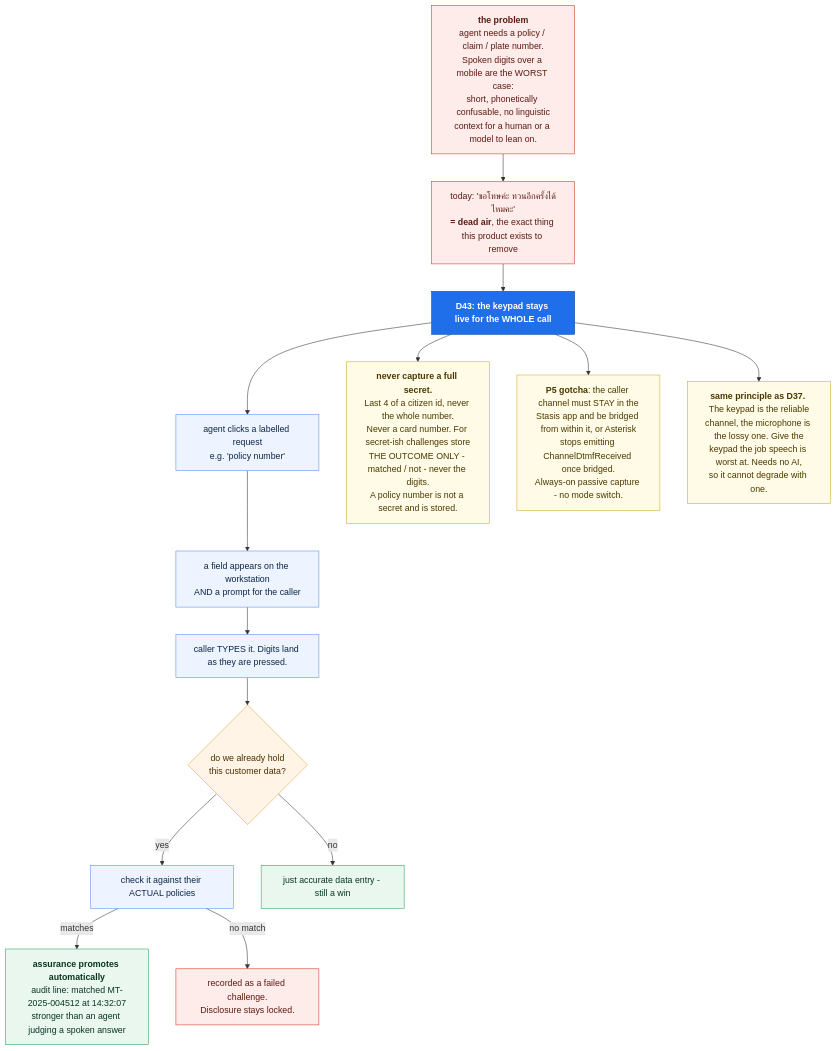
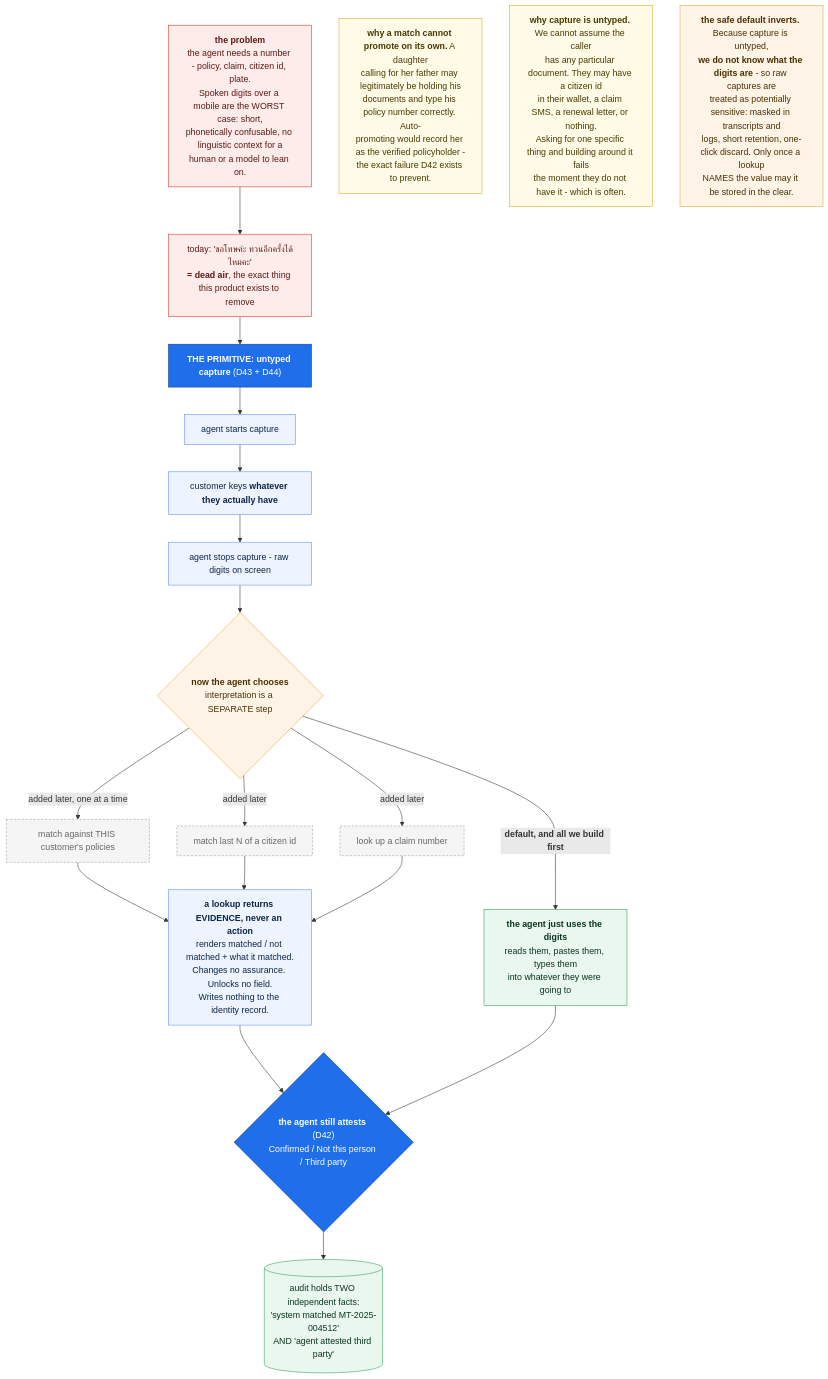
The diagram in docs/diagrams/src/dtmf_capture.mmd (anakom-suvonvorn/Krungsri-ReadyCall), drawn with Mermaid before and after one commit. The commit also changed 27 other files, not shown here.

First line of the commit message:
identity+acw: keypad capture is untyped and agent-attested (D44); only the person ends ACW (D45)

```diff
--- a/docs/diagrams/src/dtmf_capture.mmd
+++ b/docs/diagrams/src/dtmf_capture.mmd
@@ -1,29 +1,44 @@
-%% HANDWRITTEN. Checked against D43
+%% HANDWRITTEN. Checked against D43 as amended by D44
 flowchart TB
-    PROB["<b>the problem</b><br/>agent needs a policy / claim / plate number.<br/>Spoken digits over a mobile are the WORST case:<br/>short, phonetically confusable, no linguistic<br/>context for a human or a model to lean on."]:::prob
+    PROB["<b>the problem</b><br/>the agent needs a number - policy, claim, citizen id, plate.<br/>Spoken digits over a mobile are the WORST case: short,<br/>phonetically confusable, no linguistic context for a<br/>human or a model to lean on."]:::prob
     PROB --> OLD["today: 'ขอโทษค่ะ ทวนอีกครั้งได้ไหมคะ'<br/><b>= dead air</b>, the exact thing this product exists to remove"]:::bad
 
-    OLD --> NEW["<b>D43: the keypad stays live for the WHOLE call</b>"]:::new
-    NEW --> A1["agent clicks a labelled request<br/>e.g. 'policy number'"]:::step
-    A1 --> A2["a field appears on the workstation<br/>AND a prompt for the caller"]:::step
-    A2 --> A3["caller TYPES it. Digits land as they are pressed."]:::step
+    OLD --> CAP["<b>THE PRIMITIVE: untyped capture</b> (D43 + D44)"]:::new
+    CAP --> C1["agent starts capture"]:::step
+    C1 --> C2["customer keys <b>whatever they actually have</b>"]:::step
+    C2 --> C3["agent stops capture - raw digits on screen"]:::step
 
-    A3 --> CHK{"do we already hold<br/>this customer data?"}:::gate
-    CHK -- yes --> MATCH["check it against their ACTUAL policies"]:::step
-    MATCH -- "matches" --> PROMO["<b>assurance promotes automatically</b><br/>audit line: matched MT-2025-004512 at 14:32:07<br/>stronger than an agent judging a spoken answer"]:::ok
-    MATCH -- "no match" --> NOPE["recorded as a failed challenge.<br/>Disclosure stays locked."]:::bad
-    CHK -- no --> PLAIN["just accurate data entry - still a win"]:::ok
+    C3 --> USE{"<b>now the agent chooses</b><br/>interpretation is a SEPARATE step"}:::gate
+    USE -- "<b>default, and all we build first</b>" --> U0["<b>the agent just uses the digits</b><br/>reads them, pastes them, types them<br/>into whatever they were going to"]:::ok
+    USE -- "added later, one at a time" --> U1["match against THIS customer's policies"]:::opt
+    USE -- "added later" --> U2["match last N of a citizen id"]:::opt
+    USE -- "added later" --> U3["look up a claim number"]:::opt
 
-    NEW --> RULE["<b>never capture a full secret.</b><br/>Last 4 of a citizen id, never the whole number.<br/>Never a card number. For secret-ish challenges store<br/>THE OUTCOME ONLY - matched / not - never the digits.<br/>A policy number is not a secret and is stored."]:::note
+    U1 --> EV
+    U2 --> EV
+    U3 --> EV
+    EV["<b>a lookup returns EVIDENCE, never an action</b><br/>renders matched / not matched + what it matched.<br/>Changes no assurance. Unlocks no field.<br/>Writes nothing to the identity record."]:::ev
 
-    NEW --> P5["<b>P5 gotcha</b>: the caller channel must STAY in the<br/>Stasis app and be bridged from within it, or Asterisk<br/>stops emitting ChannelDtmfReceived once bridged.<br/>Always-on passive capture - no mode switch."]:::note
+    EV --> AGENT
+    U0 --> AGENT
+    AGENT{"<b>the agent still attests</b> (D42)<br/>Confirmed / Not this person / Third party"}:::gate2
+    AGENT --> AUDIT[("audit holds TWO independent facts:<br/>'system matched MT-2025-004512'<br/>AND 'agent attested third party'")]:::store
 
-    NEW --> WHY["<b>same principle as D37.</b> The keypad is the reliable<br/>channel, the microphone is the lossy one. Give the<br/>keypad the job speech is worst at. Needs no AI,<br/>so it cannot degrade with one."]:::note
+    WHY["<b>why a match cannot promote on its own.</b> A daughter<br/>calling for her father may legitimately be holding his<br/>documents and type his policy number correctly. Auto-<br/>promoting would record her as the verified policyholder -<br/>the exact failure D42 exists to prevent."]:::note
+
+    ASSUME["<b>why capture is untyped.</b> We cannot assume the caller<br/>has any particular document. They may have a citizen id<br/>in their wallet, a claim SMS, a renewal letter, or nothing.<br/>Asking for one specific thing and building around it fails<br/>the moment they do not have it - which is often."]:::note
+
+    SEC["<b>the safe default inverts.</b> Because capture is untyped,<br/><b>we do not know what the digits are</b> - so raw captures are<br/>treated as potentially sensitive: masked in transcripts and<br/>logs, short retention, one-click discard. Only once a lookup<br/>NAMES the value may it be stored in the clear."]:::warn
 
     classDef prob fill:#fdecea,stroke:#d93025,color:#5c1a13
     classDef bad fill:#fdecea,stroke:#d93025,color:#5c1a13
     classDef new fill:#1f6feb,stroke:#0b3d91,color:#fff
     classDef step fill:#eef4ff,stroke:#5b8def,color:#0b2545
     classDef gate fill:#fff4e6,stroke:#e8a33d,color:#4a2f00
+    classDef gate2 fill:#1f6feb,stroke:#0b3d91,color:#fff
     classDef ok fill:#e9f7ef,stroke:#2f9e5f,color:#08361d
+    classDef opt fill:#f5f5f5,stroke:#999,color:#666,stroke-dasharray:4 3
+    classDef ev fill:#eef4ff,stroke:#5b8def,color:#0b2545
+    classDef store fill:#e9f7ef,stroke:#2f9e5f,color:#08361d
     classDef note fill:#fffbe6,stroke:#d4a72c,color:#4a3800
+    classDef warn fill:#fff4e6,stroke:#e8a33d,color:#4a2f00
```
